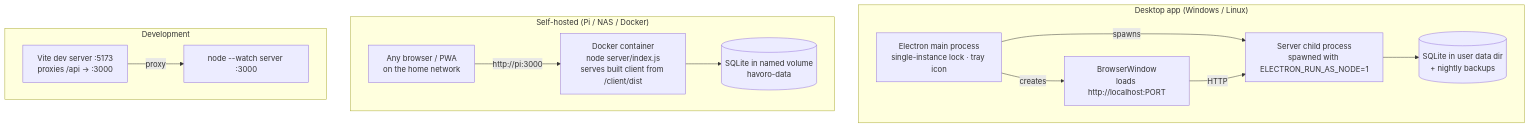
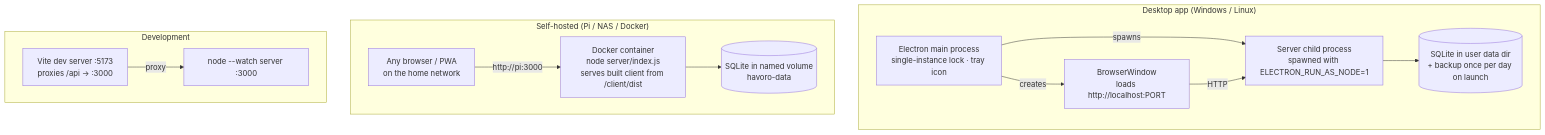
The second of 5 diagrams in docs/ARCHITECTURE.md (CharlieMansell/havoro), drawn with Mermaid before and after one commit. The commit also changed other lines of this file and 9 other files, not shown here.

````diff
--- a/docs/ARCHITECTURE.md
+++ b/docs/ARCHITECTURE.md
@@ -46,27 +46,27 @@
 ```mermaid
 flowchart TB
     subgraph desktop ["Desktop app (Windows / Linux)"]
         EM["Electron main process<br/>single-instance lock · tray icon"]
         ES["Server child process<br/>spawned with ELECTRON_RUN_AS_NODE=1"]
         EW["BrowserWindow<br/>loads http://localhost:PORT"]
-        ED[("SQLite in user data dir<br/>+ nightly backups")]
+        ED[("SQLite in user data dir<br/>+ backup once per day on launch")]
         EM -->|spawns| ES
         EM -->|creates| EW
         EW -->|HTTP| ES
         ES --> ED
     end
 
     subgraph selfhost ["Self-hosted (Pi / NAS / Docker)"]
         DC["Docker container<br/>node server/index.js<br/>serves built client from /client/dist"]
         DV[("SQLite in named volume<br/>havoro-data")]
         BR["Any browser / PWA<br/>on the home network"]
         BR -->|"http://pi:3000"| DC
         DC --> DV
     end
 
     subgraph dev ["Development"]
         VITE["Vite dev server :5173<br/>proxies /api → :3000"]
         NS["node --watch server :3000"]
         VITE -->|proxy| NS
     end
 ```
````
